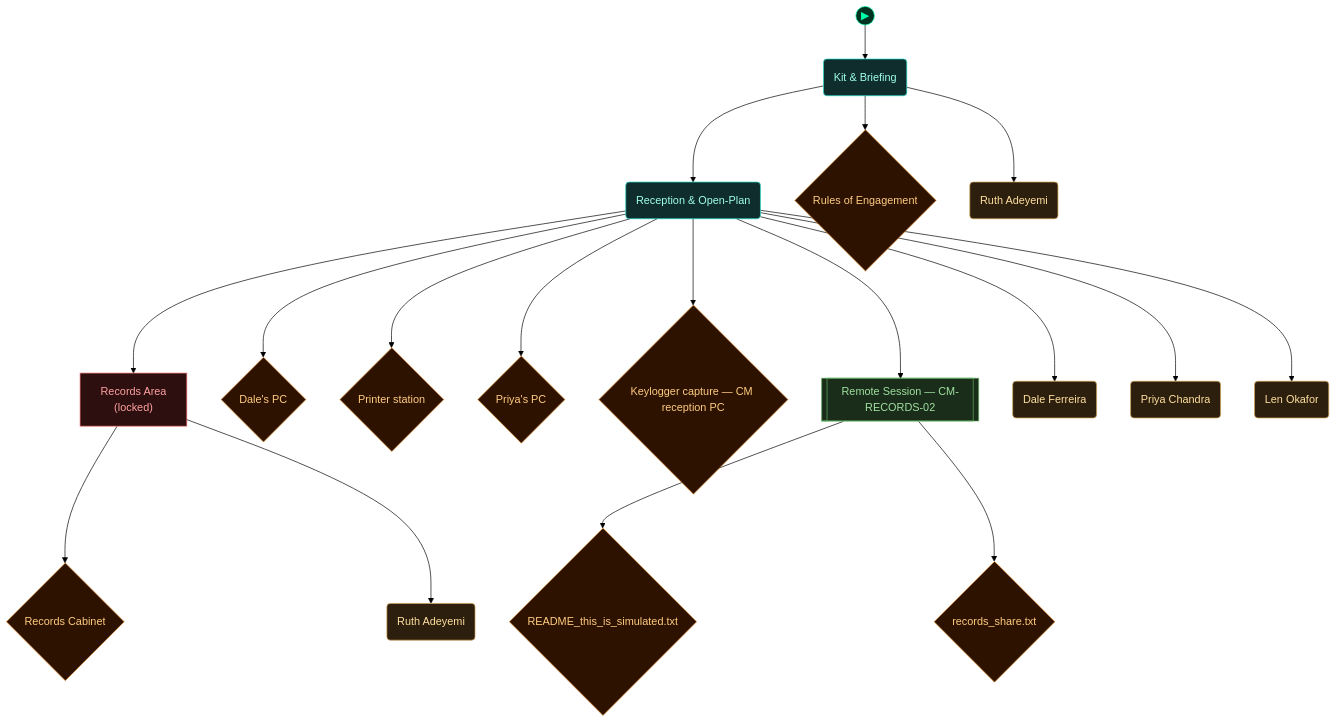
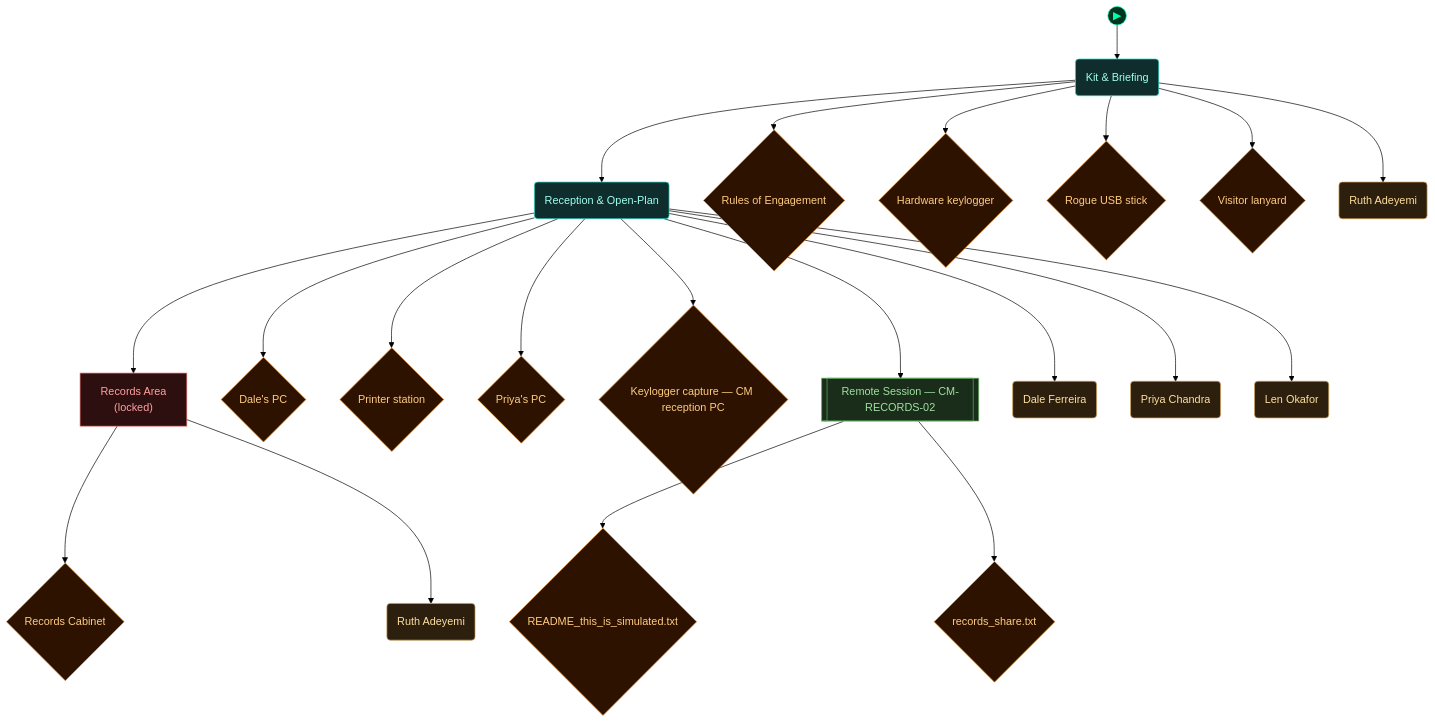
Before and after one commit to cliffe/BreakEscape: the fifth of 5 diagrams in scenarios/lab_physical_pentest/dungeon_graph.md, drawn with Mermaid (forest theme). The commit also changed other lines of this file and 6 other files, not shown here.

````diff
--- a/scenarios/lab_physical_pentest/dungeon_graph.md
+++ b/scenarios/lab_physical_pentest/dungeon_graph.md
@@ -203,63 +203,69 @@
 ```mermaid
 flowchart TD
 
   classDef room      fill:#0f2d2d,stroke:#22ddcc,color:#a0ffee
   classDef lock      fill:#2d0f0f,stroke:#e66060,color:#ffa0a0
   classDef key       fill:#2d0812,stroke:#e66060,color:#ffa0a0
   classDef item      fill:#2d1200,stroke:#e89030,color:#ffcc80
   classDef gate      fill:#111,stroke:#666,color:#eee
   classDef vm        fill:#0c1f40,stroke:#4a90d9,color:#a0c8ff
   classDef flag      fill:#1a0c2d,stroke:#9060d0,color:#cc99ff
   classDef action    fill:#1a1200,stroke:#cc9922,color:#ffee88
   classDef aim       fill:#0d2a0d,stroke:#44cc44,color:#88ff88
   classDef aim_gate  fill:#111111,stroke:#44cc44,color:#44cc44
   classDef container fill:#1a2d1a,stroke:#60b060,color:#a0e0a0
   classDef npc       fill:#2d1f0d,stroke:#d0a050,color:#ffe0a0
   classDef critical  fill:#2a1500,stroke:#ffaa00,color:#ffdd88
   classDef start     fill:#003322,stroke:#00ffaa,color:#00ffaa
 
   node_start(("▶"))
   node_start --> briefing_room
 
   briefing_room("Kit & Briefing")
   open_plan("Reception & Open-Plan")
   secure_area["Records Area<br/>(locked)"]
   rc_roe_board_1{"Rules of Engagement"}
-  rc_npc_ruth_adeyemi_2("Ruth Adeyemi")
-  rc_staff_pc_3{"Dale's PC"}
-  rc_usb_drop_point_4{"Printer station"}
-  rc_usb_target_pc_5{"Priya's PC"}
-  rc_keylog_capture_6{"Keylogger capture — CM reception PC"}
-  rc_records_remote_7[["Remote Session — CM-RECORDS-02"]]
-  rc_obj8_8{"README_this_is_simulated.txt"}
-  rc_obj9_9{"records_share.txt"}
-  rc_npc_dale_ferreira_10("Dale Ferreira")
-  rc_npc_priya_chandra_11("Priya Chandra")
-  rc_npc_len_okafor_12("Len Okafor")
-  rc_records_cabinet_13{"Records Cabinet"}
-  rc_npc_ruth_adeyemi_14("Ruth Adeyemi")
+  rc_kit_keylogger_2{"Hardware keylogger"}
+  rc_kit_usb_3{"Rogue USB stick"}
+  rc_kit_lanyard_4{"Visitor lanyard"}
+  rc_npc_ruth_adeyemi_5("Ruth Adeyemi")
+  rc_staff_pc_6{"Dale's PC"}
+  rc_usb_drop_point_7{"Printer station"}
+  rc_usb_target_pc_8{"Priya's PC"}
+  rc_keylog_capture_9{"Keylogger capture — CM reception PC"}
+  rc_records_remote_10[["Remote Session — CM-RECORDS-02"]]
+  rc_obj11_11{"README_this_is_simulated.txt"}
+  rc_obj12_12{"records_share.txt"}
+  rc_npc_dale_ferreira_13("Dale Ferreira")
+  rc_npc_priya_chandra_14("Priya Chandra")
+  rc_npc_len_okafor_15("Len Okafor")
+  rc_records_cabinet_16{"Records Cabinet"}
+  rc_npc_ruth_adeyemi_17("Ruth Adeyemi")
 
   briefing_room --> open_plan
   open_plan --> secure_area
   briefing_room --> rc_roe_board_1
-  briefing_room --> rc_npc_ruth_adeyemi_2
-  open_plan --> rc_staff_pc_3
-  open_plan --> rc_usb_drop_point_4
-  open_plan --> rc_usb_target_pc_5
-  open_plan --> rc_keylog_capture_6
-  open_plan --> rc_records_remote_7
-  rc_records_remote_7 --> rc_obj8_8
-  rc_records_remote_7 --> rc_obj9_9
-  open_plan --> rc_npc_dale_ferreira_10
-  open_plan --> rc_npc_priya_chandra_11
-  open_plan --> rc_npc_len_okafor_12
-  secure_area --> rc_records_cabinet_13
-  secure_area --> rc_npc_ruth_adeyemi_14
+  briefing_room --> rc_kit_keylogger_2
+  briefing_room --> rc_kit_usb_3
+  briefing_room --> rc_kit_lanyard_4
+  briefing_room --> rc_npc_ruth_adeyemi_5
+  open_plan --> rc_staff_pc_6
+  open_plan --> rc_usb_drop_point_7
+  open_plan --> rc_usb_target_pc_8
+  open_plan --> rc_keylog_capture_9
+  open_plan --> rc_records_remote_10
+  rc_records_remote_10 --> rc_obj11_11
+  rc_records_remote_10 --> rc_obj12_12
+  open_plan --> rc_npc_dale_ferreira_13
+  open_plan --> rc_npc_priya_chandra_14
+  open_plan --> rc_npc_len_okafor_15
+  secure_area --> rc_records_cabinet_16
+  secure_area --> rc_npc_ruth_adeyemi_17
 
   class briefing_room,open_plan room
   class secure_area lock
-  class rc_roe_board_1,rc_staff_pc_3,rc_usb_drop_point_4,rc_usb_target_pc_5,rc_keylog_capture_6,rc_obj8_8,rc_obj9_9,rc_records_cabinet_13 item
-  class rc_npc_ruth_adeyemi_2,rc_npc_dale_ferreira_10,rc_npc_priya_chandra_11,rc_npc_len_okafor_12,rc_npc_ruth_adeyemi_14 npc
-  class rc_records_remote_7 container
+  class rc_roe_board_1,rc_kit_keylogger_2,rc_kit_usb_3,rc_kit_lanyard_4,rc_staff_pc_6,rc_usb_drop_point_7,rc_usb_target_pc_8,rc_keylog_capture_9,rc_obj11_11,rc_obj12_12,rc_records_cabinet_16 item
+  class rc_npc_ruth_adeyemi_5,rc_npc_dale_ferreira_13,rc_npc_priya_chandra_14,rc_npc_len_okafor_15,rc_npc_ruth_adeyemi_17 npc
+  class rc_records_remote_10 container
   class node_start start
 ```
````
